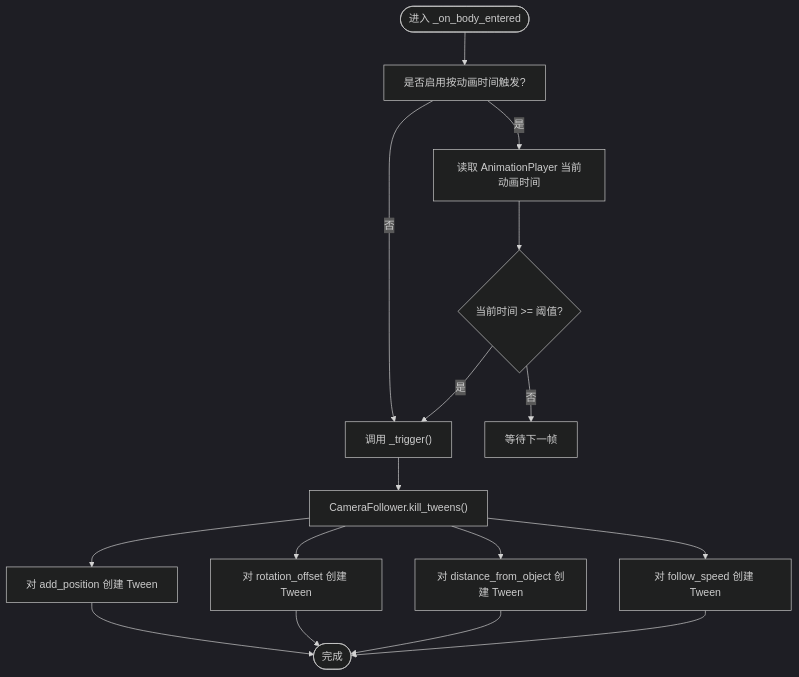
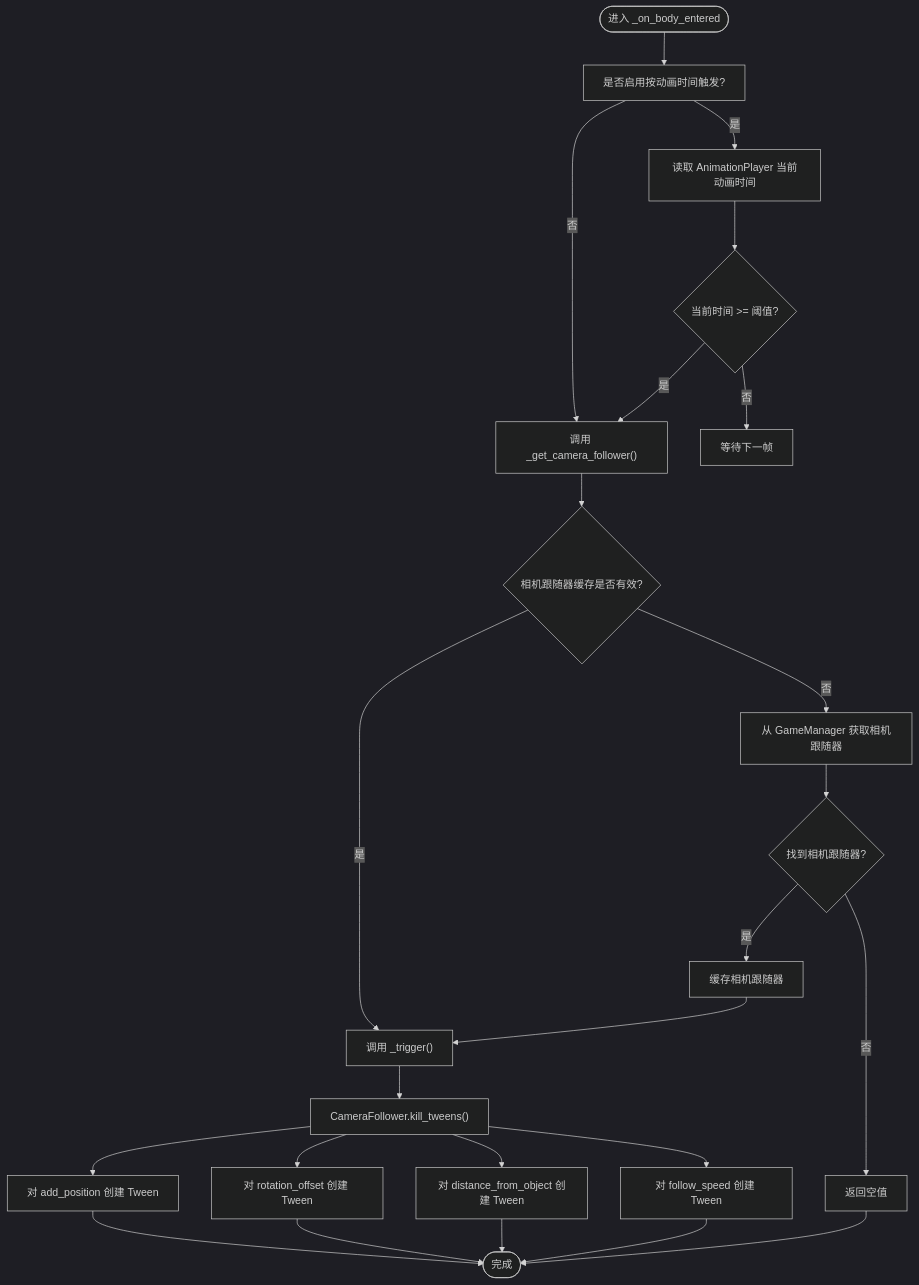
Before and after one commit to godotline/godot-line: the third of 8 diagrams in .qoder/repowiki/zh/content/游戏系统/触发器系统/相机触发器.md, drawn with Mermaid (dark theme). The commit also changed other lines of this file and 212 other files, not shown here.

````diff
--- a/.qoder/repowiki/zh/content/游戏系统/触发器系统/相机触发器.md
+++ b/.qoder/repowiki/zh/content/游戏系统/触发器系统/相机触发器.md
@@ -183,18 +208,25 @@
 ```mermaid
 flowchart TD
 Start(["进入 _on_body_entered"]) --> CheckTime["是否启用按动画时间触发?"]
-CheckTime --> |否| DoTrigger["调用 _trigger()"]
+CheckTime --> |否| GetFollower["调用 _get_camera_follower()"]
 CheckTime --> |是| ReadAnim["读取 AnimationPlayer 当前动画时间"]
 ReadAnim --> Compare{"当前时间 >= 阈值?"}
-Compare --> |是| DoTrigger
+Compare --> |是| GetFollower
 Compare --> |否| Wait["等待下一帧"]
+GetFollower --> CacheCheck{"相机跟随器缓存是否有效?"}
+CacheCheck --> |是| DoTrigger["调用 _trigger()"]
+CacheCheck --> |否| FindFromGM["从 GameManager 获取相机跟随器"]
+FindFromGM --> Valid{"找到相机跟随器?"}
+Valid --> |是| Cache["缓存相机跟随器"] --> DoTrigger
+Valid --> |否| Return["返回空值"]
 DoTrigger --> KillTweens["CameraFollower.kill_tweens()"]
 KillTweens --> TweenPos["对 add_position 创建 Tween"]
 KillTweens --> TweenRot["对 rotation_offset 创建 Tween"]
 KillTweens --> TweenDist["对 distance_from_object 创建 Tween"]
 KillTweens --> TweenSpeed["对 follow_speed 创建 Tween"]
 TweenPos --> End(["完成"])
 TweenRot --> End
 TweenDist --> End
 TweenSpeed --> End
+Return --> End
 ```
````
